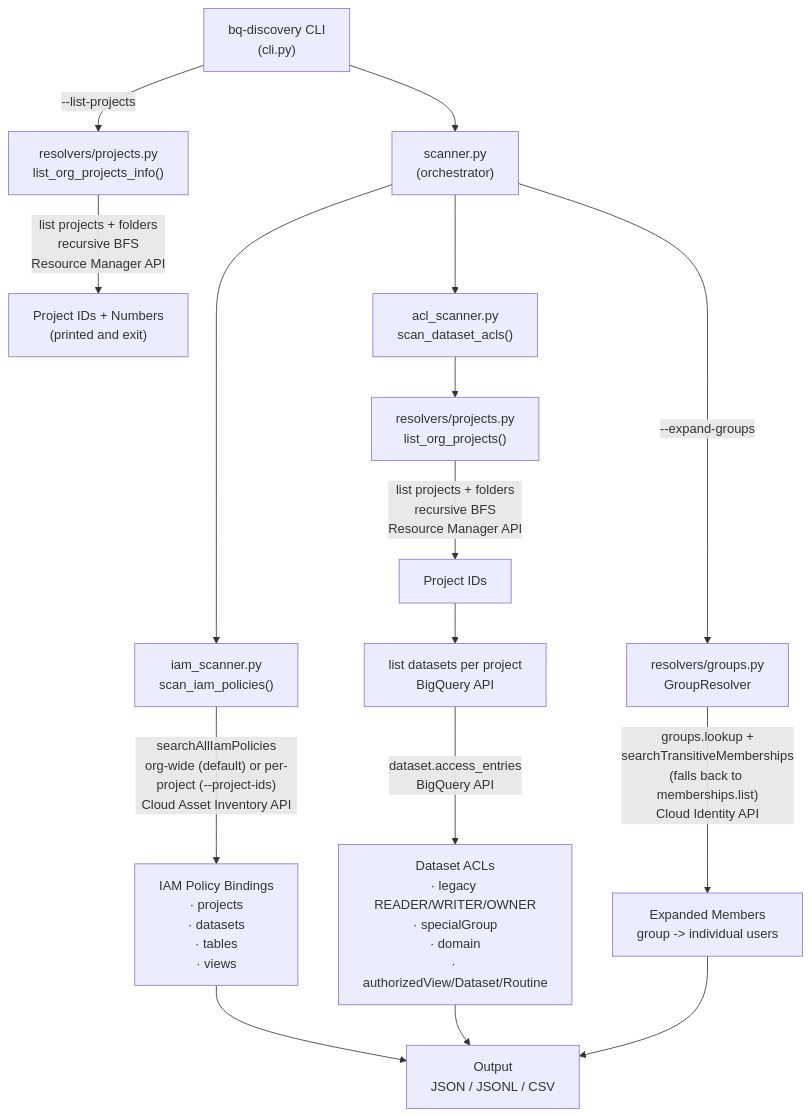
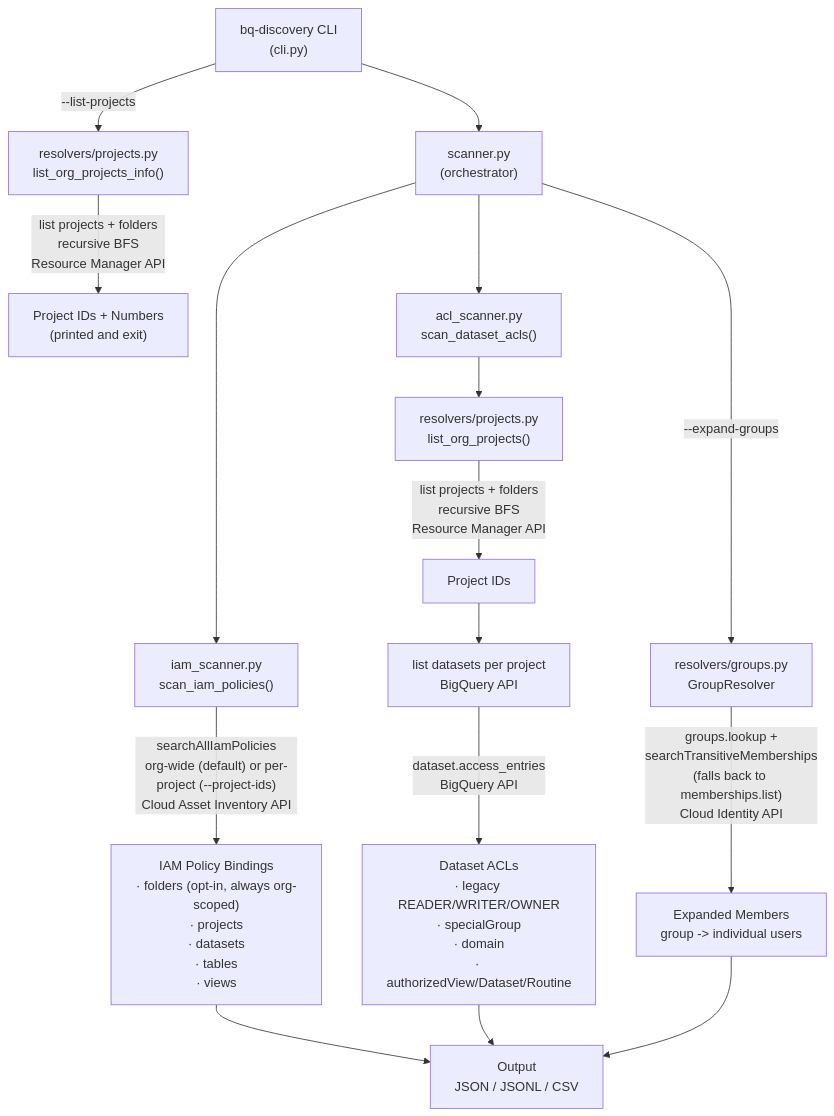
Before and after one commit to johanesalxd/random-stuff: the diagram in bq_discovery/README.md, drawn with Mermaid. The commit also changed other lines of this file and 9 other files, not shown here.

````diff
--- a/bq_discovery/README.md
+++ b/bq_discovery/README.md
@@ -45,24 +46,24 @@
 ```mermaid
 flowchart TD
     A["bq-discovery CLI<br/>(cli.py)"] --> B["scanner.py<br/>(orchestrator)"]
 
     A -->|"--list-projects"| P["resolvers/projects.py<br/>list_org_projects_info()"]
     P -->|"list projects + folders<br/>recursive BFS<br/>Resource Manager API"| Q["Project IDs + Numbers<br/>(printed and exit)"]
 
     B --> C["iam_scanner.py<br/>scan_iam_policies()"]
     B --> D["acl_scanner.py<br/>scan_dataset_acls()"]
     B -->|"--expand-groups"| E["resolvers/groups.py<br/>GroupResolver"]
 
-    C -->|"searchAllIamPolicies<br/>org-wide (default) or per-project (--project-ids)<br/>Cloud Asset Inventory API"| F["IAM Policy Bindings<br/>· projects<br/>· datasets<br/>· tables<br/>· views"]
+    C -->|"searchAllIamPolicies<br/>org-wide (default) or per-project (--project-ids)<br/>Cloud Asset Inventory API"| F["IAM Policy Bindings<br/>· folders (opt-in, always org-scoped)<br/>· projects<br/>· datasets<br/>· tables<br/>· views"]
 
     D --> G["resolvers/projects.py<br/>list_org_projects()"]
     G -->|"list projects + folders<br/>recursive BFS<br/>Resource Manager API"| H["Project IDs"]
     H --> I["list datasets per project<br/>BigQuery API"]
     I -->|"dataset.access_entries<br/>BigQuery API"| J["Dataset ACLs<br/>· legacy READER/WRITER/OWNER<br/>· specialGroup<br/>· domain<br/>· authorizedView/Dataset/Routine"]
 
     E -->|"groups.lookup +<br/>searchTransitiveMemberships<br/>(falls back to memberships.list)<br/>Cloud Identity API"| K["Expanded Members<br/>group -> individual users"]
 
     F --> L["Output<br/>JSON / JSONL / CSV"]
     J --> L
     K --> L
 ```
````
